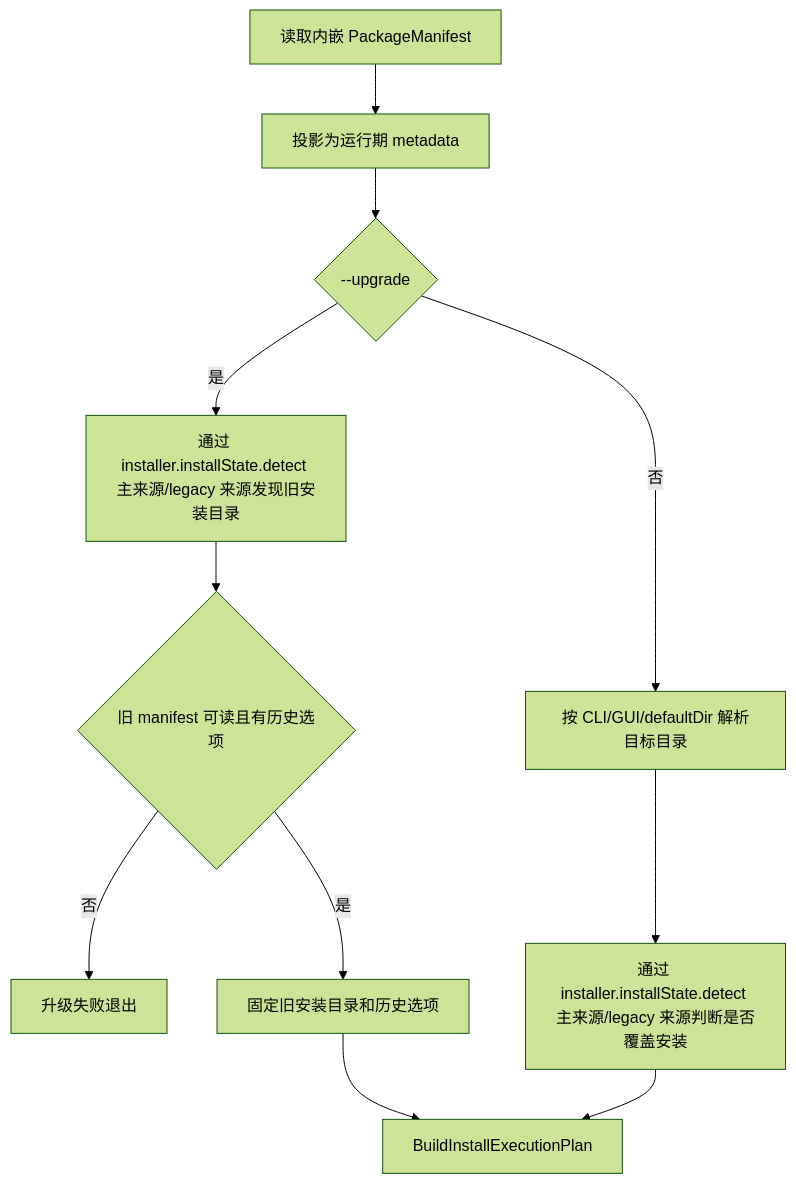
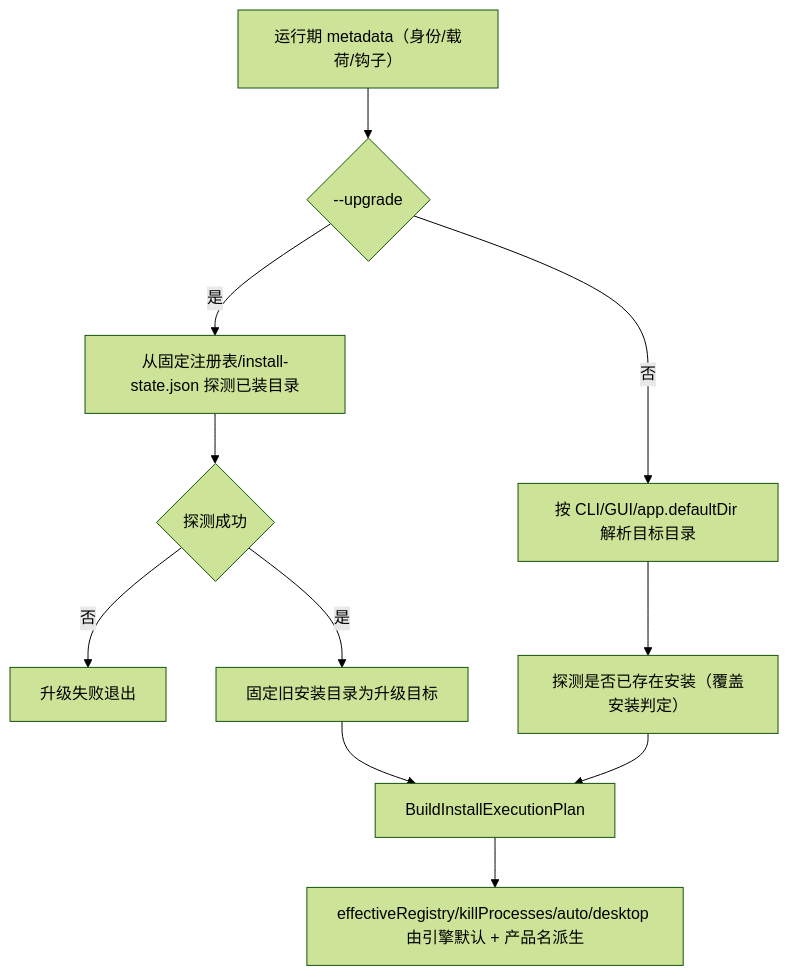
Before and after one commit to lu020218/Multi-Threaded_Installer: the third of 8 diagrams in docs/安装器流程图.md, drawn with Mermaid (forest theme). The commit also changed other lines of this file and 78 other files, not shown here.

````diff
--- a/docs/安装器流程图.md
+++ b/docs/安装器流程图.md
@@ -21,13 +35,13 @@
 ```mermaid
 flowchart TD
-    A["读取内嵌 PackageManifest"] --> B["投影为运行期 metadata"]
-    B --> C{"--upgrade"}
-    C -->|是| D["通过 installer.installState.detect 主来源/legacy 来源发现旧安装目录"]
-    D --> E{"旧 manifest 可读且有历史选项"}
-    E -->|否| E1["升级失败退出"]
-    E -->|是| F["固定旧安装目录和历史选项"]
-    C -->|否| G["按 CLI/GUI/defaultDir 解析目标目录"]
-    G --> H["通过 installer.installState.detect 主来源/legacy 来源判断是否覆盖安装"]
-    F --> I["BuildInstallExecutionPlan"]
-    H --> I
+    A["运行期 metadata（身份/载荷/钩子）"] --> B{"--upgrade"}
+    B -->|是| C["从固定注册表/install-state.json 探测已装目录"]
+    C --> D{"探测成功"}
+    D -->|否| D1["升级失败退出"]
+    D -->|是| E["固定旧安装目录为升级目标"]
+    B -->|否| F["按 CLI/GUI/app.defaultDir 解析目标目录"]
+    F --> G["探测是否已存在安装（覆盖安装判定）"]
+    E --> H["BuildInstallExecutionPlan"]
+    G --> H
+    H --> I["effectiveRegistry/killProcesses/auto/desktop 由引擎默认 + 产品名派生"]
 ```
````
